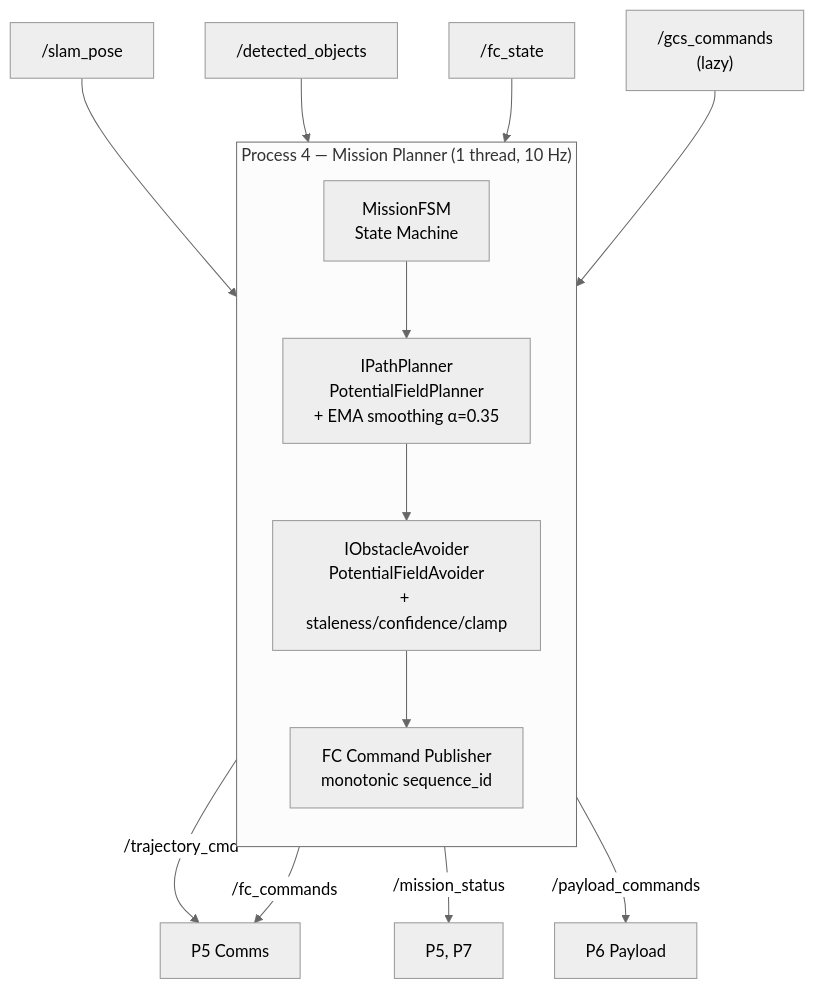
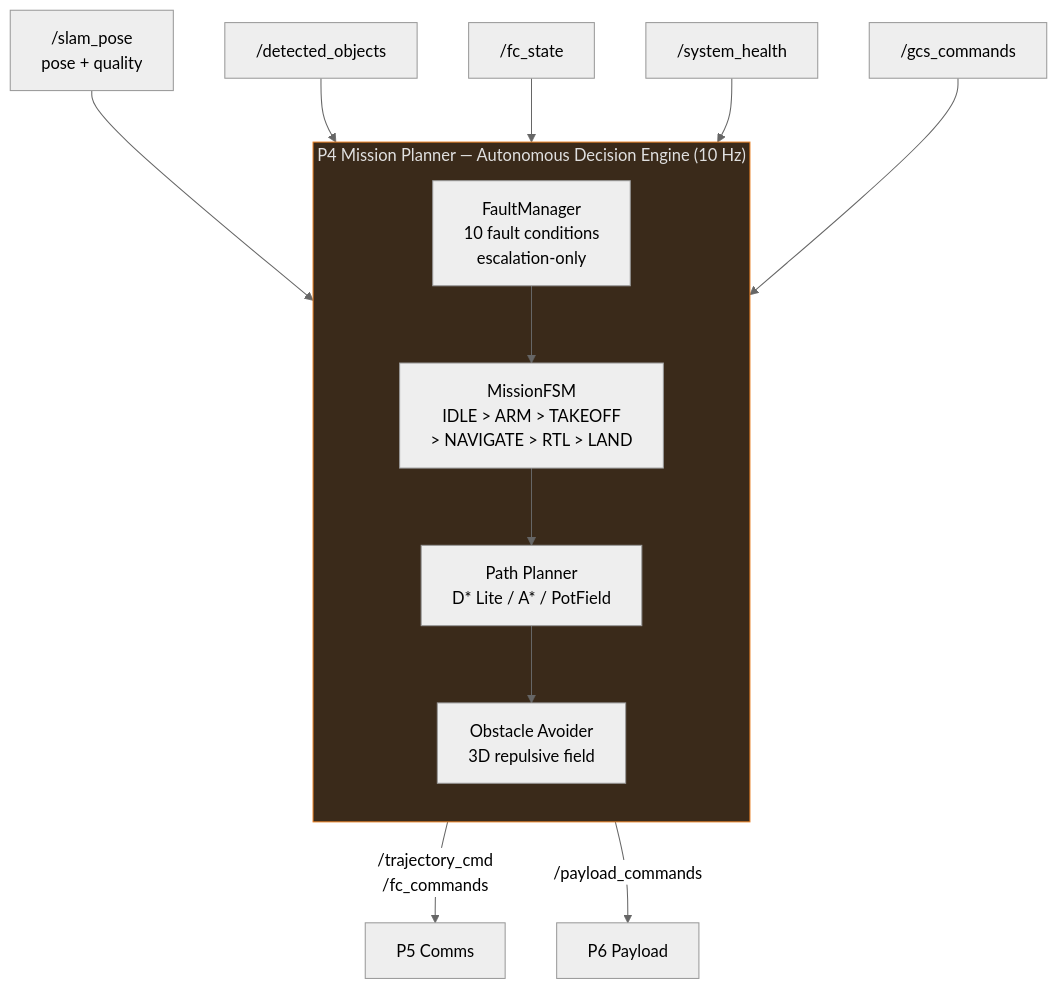
Before and after one commit to nmohamaya/companion_software_stack: the fifth of 9 diagrams in README.md, drawn with Mermaid (neutral theme). The commit also changed other lines of this file and 11 other files, not shown here.

````diff
--- a/README.md
+++ b/README.md
@@ -308,23 +292,22 @@
 ```mermaid
 graph TD
-    subgraph P4["Process 4 — Mission Planner (1 thread, 10 Hz)"]
+    subgraph P4["P4 Mission Planner — Autonomous Decision Engine (10 Hz)"]
         direction TB
-        FSM["MissionFSM<br/>State Machine"]
-        PP["IPathPlanner<br/>PotentialFieldPlanner<br/>+ EMA smoothing α=0.35"]
-        OA["IObstacleAvoider<br/>PotentialFieldAvoider<br/>+ staleness/confidence/clamp"]
-        CMD["FC Command Publisher<br/>monotonic sequence_id"]
+        Fault["FaultManager\n10 fault conditions\nescalation-only"]
+        FSM["MissionFSM\nIDLE > ARM > TAKEOFF\n> NAVIGATE > RTL > LAND"]
+        Plan["Path Planner\nD* Lite / A* / PotField"]
+        Avoid["Obstacle Avoider\n3D repulsive field"]
 
-        FSM --> PP
-        PP --> OA
-        OA --> CMD
+        Fault --> FSM --> Plan --> Avoid
     end
 
-    SHM_pose["/slam_pose"] --> FSM
-    SHM_det["/detected_objects"] --> OA
-    SHM_fc["/fc_state"] --> FSM
-    SHM_gcs["/gcs_commands<br/>(lazy)"] --> FSM
-    CMD -->|"/trajectory_cmd"| P5["P5 Comms"]
-    CMD -->|"/fc_commands"| P5
-    FSM -->|"/mission_status"| P5_7["P5, P7"]
+    Pose["/slam_pose\npose + quality"] --> Fault
+    Objects["/detected_objects"] --> Avoid
+    FCState["/fc_state"] --> FSM
+    Health["/system_health"] --> Fault
+    GCS["/gcs_commands"] --> FSM
+    Avoid -->|"/trajectory_cmd\n/fc_commands"| P5["P5 Comms"]
     FSM -->|"/payload_commands"| P6["P6 Payload"]
+
+    style P4 fill:#3a2a1a,stroke:#e67e22,color:#e0e0e0
 ```
````
